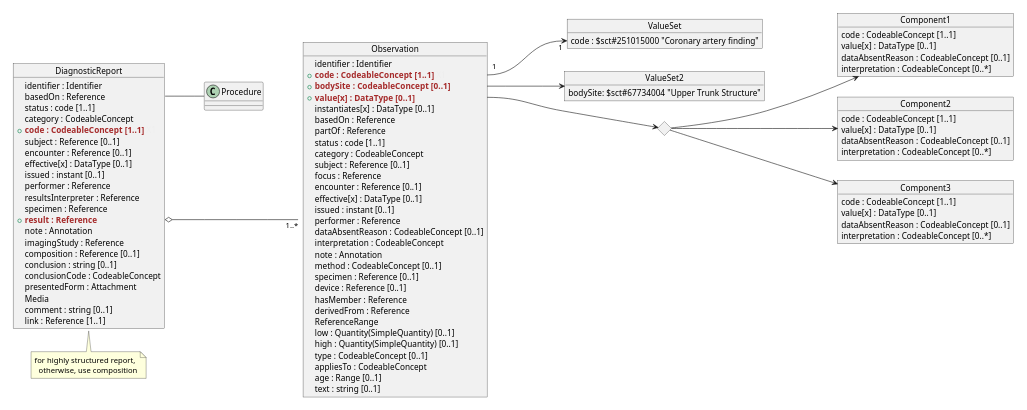
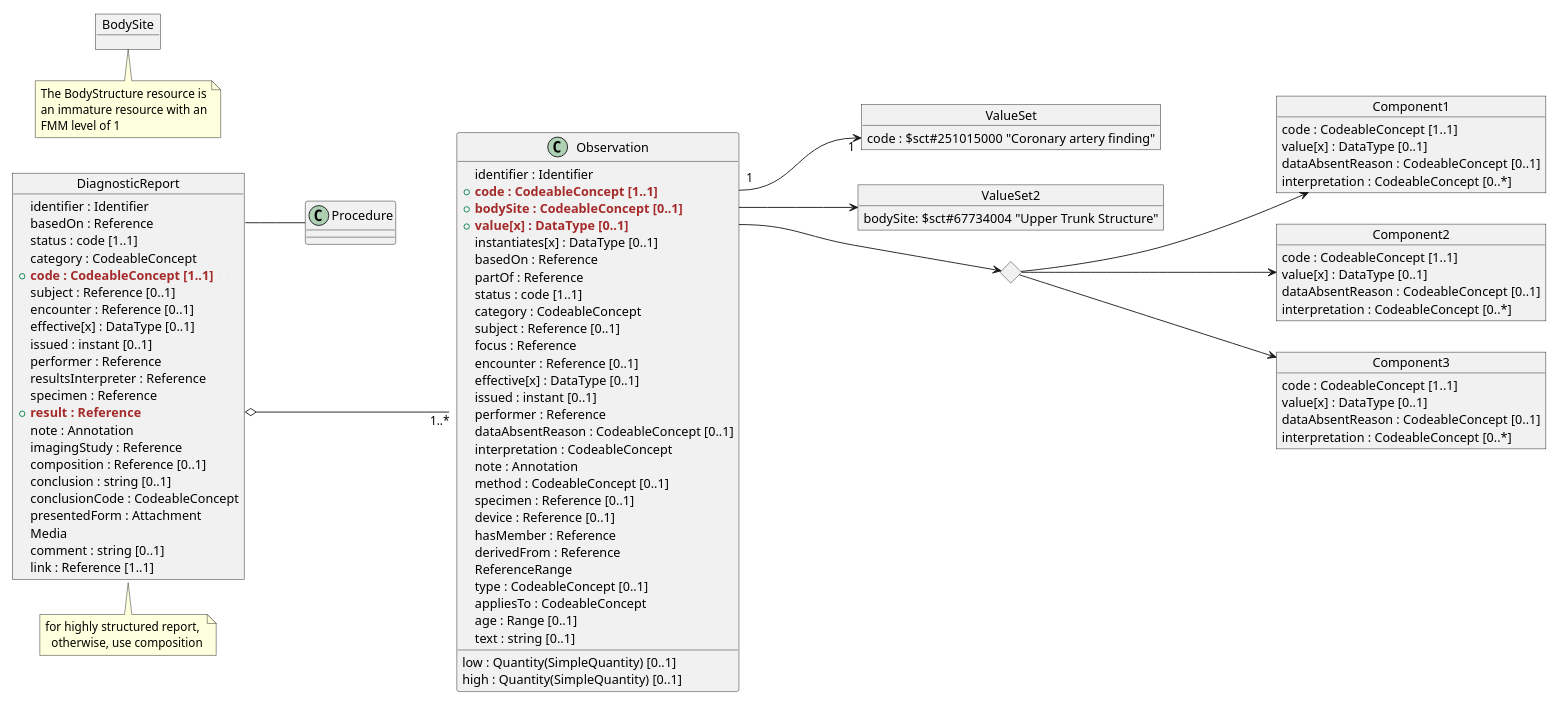
Before and after one commit to xmiao/AI.interoperability: the diagram in images-source/doc.puml, drawn with PlantUML. The commit also changed 1 other file, not shown here.

```diff
--- a/images-source/doc.puml
+++ b/images-source/doc.puml
@@ -1,123 +1,129 @@
 @startuml PERT
 'https://plantuml.com/object-diagram
 
-scale 800 width
+scale 600 height
 hide @unlinked
 
 
 left to right direction
 
 object DiagnosticReport {
     identifier : Identifier
     basedOn : Reference
     status : code [1..1]
     category : CodeableConcept
   + <b><color brown>code : CodeableConcept [1..1]</color></b> <color #eee>X1</color>
     subject : Reference [0..1]
     encounter : Reference [0..1]
     effective[x] : DataType [0..1]
     issued : instant [0..1]
     performer : Reference
     resultsInterpreter : Reference
     specimen : Reference
   + <b><color brown>result : Reference</color></b>
     note : Annotation
     imagingStudy : Reference
     composition : Reference [0..1]
     conclusion : string [0..1]
     conclusionCode : CodeableConcept
     presentedForm : Attachment
     Media
     comment : string [0..1]
     link : Reference [1..1]
 }
 note bottom
   for highly structured report,
     otherwise, use composition
 end note
 
 DiagnosticReport::basedOn -- Procedure
+DiagnosticReport::result o--- "1..*" Observation
 
 object ImagingStudy{
 
 }
 
 
 object Observation{
     identifier : Identifier
   +  <b><color brown>code : CodeableConcept [1..1]</color></b> <color #eee>X1</color>
   +  <b><color brown>bodySite : CodeableConcept [0..1]</color></b>
   +  <b><color brown>value[x] : DataType [0..1]</color></b>
     instantiates[x] : DataType [0..1]
     basedOn : Reference
     partOf : Reference
     status : code [1..1]
     category : CodeableConcept
     subject : Reference [0..1]
     focus : Reference
     encounter : Reference [0..1]
     effective[x] : DataType [0..1]
     issued : instant [0..1]
     performer : Reference
     dataAbsentReason : CodeableConcept [0..1]
     interpretation : CodeableConcept
     note : Annotation
     method : CodeableConcept [0..1]
     specimen : Reference [0..1]
     device : Reference [0..1]
     hasMember : Reference
     derivedFrom : Reference
     ReferenceRange
     low : Quantity(SimpleQuantity) [0..1]
     high : Quantity(SimpleQuantity) [0..1]
     type : CodeableConcept [0..1]
     appliesTo : CodeableConcept
     age : Range [0..1]
     text : string [0..1]
 }
 
 
 object BodySite {
 
 }
 
+note bottom
+  The BodyStructure resource is
+  an immature resource with an
+  FMM level of 1
+end note
+
 object Component1 {
     code : CodeableConcept [1..1]
     value[x] : DataType [0..1]
     dataAbsentReason : CodeableConcept [0..1]
     interpretation : CodeableConcept [0..*]
 }
 
 object Component2 {
     code : CodeableConcept [1..1]
     value[x] : DataType [0..1]
     dataAbsentReason : CodeableConcept [0..1]
     interpretation : CodeableConcept [0..*]
 }
 
 object Component3 {
     code : CodeableConcept [1..1]
     value[x] : DataType [0..1]
     dataAbsentReason : CodeableConcept [0..1]
     interpretation : CodeableConcept [0..*]
 }
 
 object ValueSet {
     code : $sct#251015000 "Coronary artery finding"
 }
 
 <> d1
 
 object ValueSet2{
     bodySite: $sct#67734004 "Upper Trunk Structure"
 }
 
-DiagnosticReport::result o--- "1..*" Observation
 Observation::X1 "1" ---> "1" ValueSet::code
 Observation::bodySite ---> ValueSet2
 Observation::value ---> d1
 d1 ---> Component1
 d1 ---> Component2
 d1 ---> Component3
 
 @enduml
```
